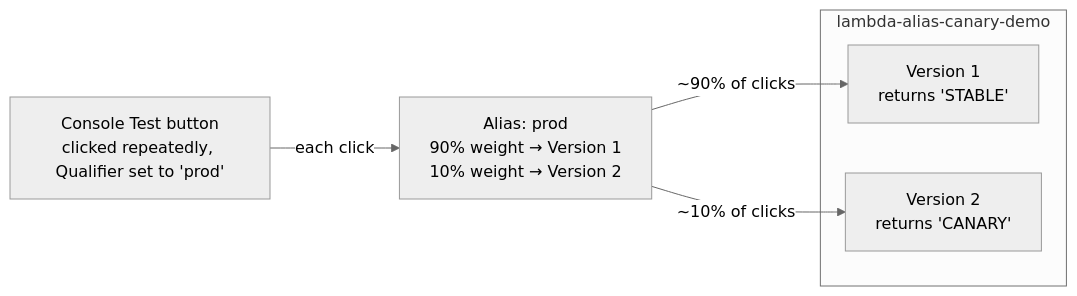
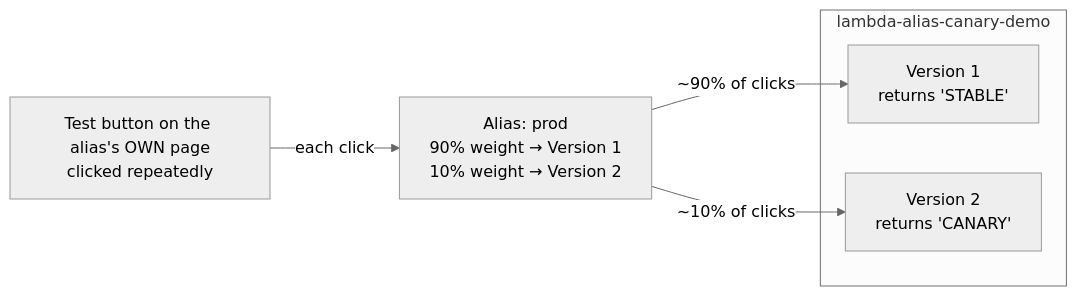
Before and after one commit to msdeepak052/AWS_Imp_Concepts: the diagram in Lambda/17.01-Lambda-Aliases_Demo.md, drawn with Mermaid (neutral theme). The commit also changed other lines of this file and 1 other file, not shown here.

````diff
--- a/Lambda/17.01-Lambda-Aliases_Demo.md
+++ b/Lambda/17.01-Lambda-Aliases_Demo.md
@@ -9,14 +9,14 @@
 ```mermaid
 flowchart LR
     subgraph FUNC["lambda-alias-canary-demo"]
         V1["Version 1<br/>returns 'STABLE'"]
         V2["Version 2<br/>returns 'CANARY'"]
     end
 
     ALIAS["Alias: prod<br/>90% weight → Version 1<br/>10% weight → Version 2"]
-    TEST["Console Test button<br/>clicked repeatedly, Qualifier set to 'prod'"]
+    TEST["Test button on the alias's OWN page<br/>clicked repeatedly"]
 
     TEST -->|"each click"| ALIAS
     ALIAS -->|"~90% of clicks"| V1
     ALIAS -->|"~10% of clicks"| V2
 ```
````
